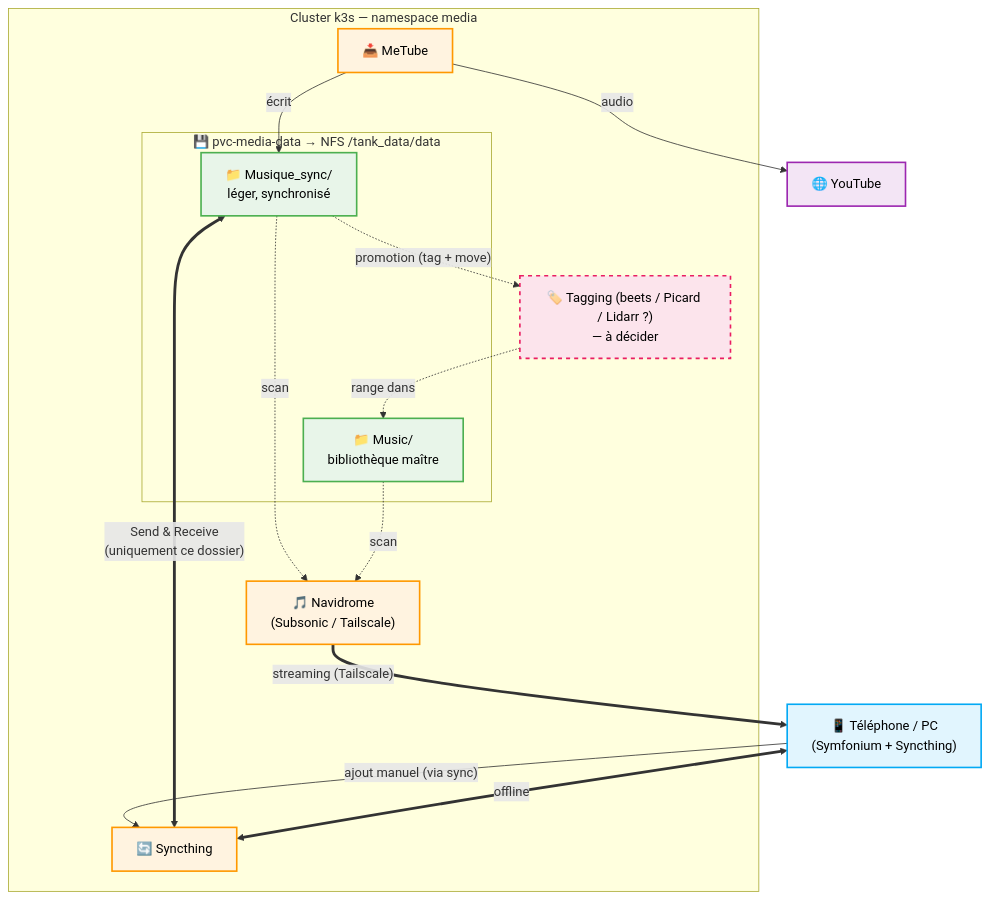
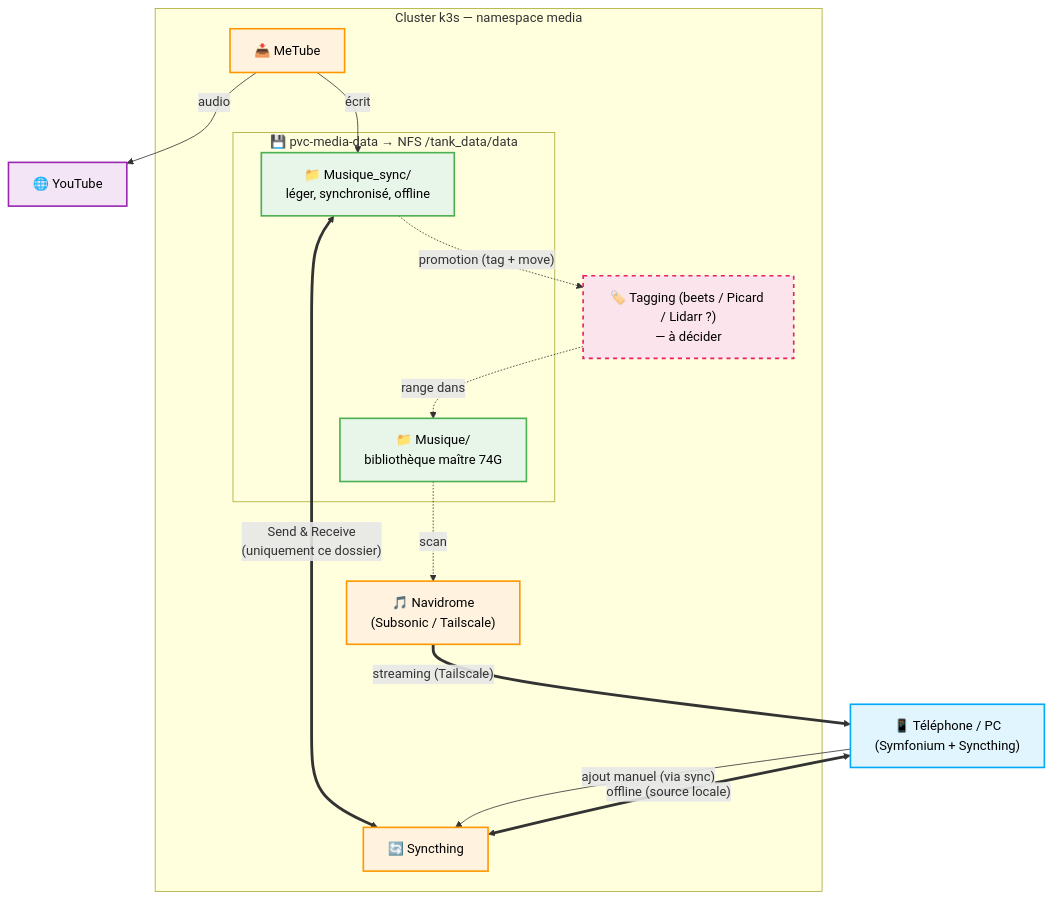
One commit to abugeia/home_kluster changed the diagram in docs/music_architecture.md. Above: the diagram before and after it, drawn with Mermaid. The commit also changed other lines of this file, not shown here.

Commit message:
docs(media): corrige l'archi diffusion (Musique/ 74G vs Music vide, séparation stream/offline)

````diff
--- a/docs/music_architecture.md
+++ b/docs/music_architecture.md
@@ -85,37 +93,36 @@
 ```mermaid
 flowchart TD
     classDef user fill:#e1f5fe,stroke:#03a9f4,stroke-width:2px,color:#000
     classDef app fill:#fff3e0,stroke:#ff9800,stroke-width:2px,color:#000
     classDef storage fill:#e8f5e9,stroke:#4caf50,stroke-width:2px,color:#000
     classDef external fill:#f3e5f5,stroke:#9c27b0,stroke-width:2px,color:#000
     classDef todo fill:#fce4ec,stroke:#e91e63,stroke-width:2px,stroke-dasharray: 5 5,color:#000
 
     Phone["📱 Téléphone / PC<br/>(Symfonium + Syncthing)"]:::user
     Youtube["🌐 YouTube"]:::external
 
     subgraph Cluster["Cluster k3s — namespace media"]
         MeTube["📥 MeTube"]:::app
         Navidrome["🎵 Navidrome<br/>(Subsonic / Tailscale)"]:::app
         Syncthing["🔄 Syncthing"]:::app
         Tagger["🏷️ Tagging (beets / Picard / Lidarr ?)<br/>— à décider"]:::todo
 
         subgraph PVC["💾 pvc-media-data → NFS /tank_data/data"]
-            DirSync["📁 Musique_sync/<br/>léger, synchronisé"]:::storage
-            DirMusic["📁 Music/<br/>bibliothèque maître"]:::storage
+            DirSync["📁 Musique_sync/<br/>léger, synchronisé, offline"]:::storage
+            DirMusic["📁 Musique/<br/>bibliothèque maître 74G"]:::storage
         end
     end
 
     MeTube -- "audio" --> Youtube
     MeTube -- écrit --> DirSync
     Phone -- "ajout manuel (via sync)" --> Syncthing
 
     DirSync <== "Send & Receive<br/>(uniquement ce dossier)" ==> Syncthing
-    Syncthing <== offline ==> Phone
+    Syncthing <== offline (source locale) ==> Phone
 
     DirSync -. promotion (tag + move) .-> Tagger
     Tagger -. range dans .-> DirMusic
 
-    DirSync -. scan .-> Navidrome
     DirMusic -. scan .-> Navidrome
     Navidrome == "streaming (Tailscale)" ==> Phone
 ```
````
